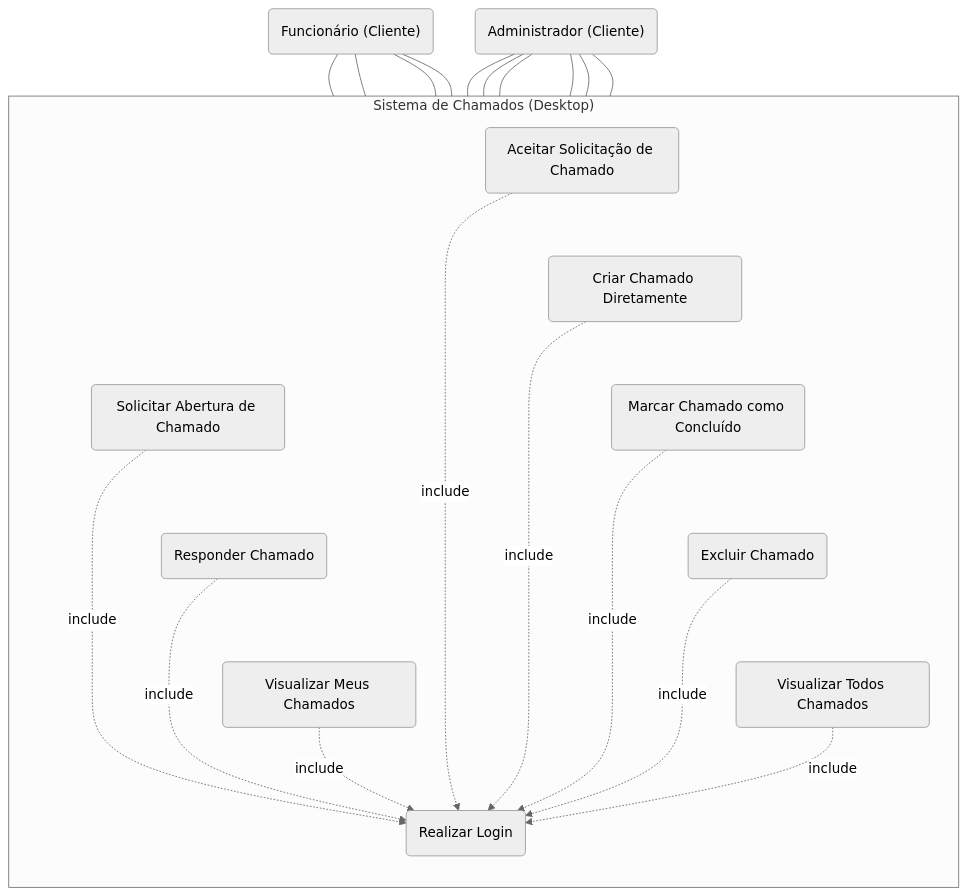
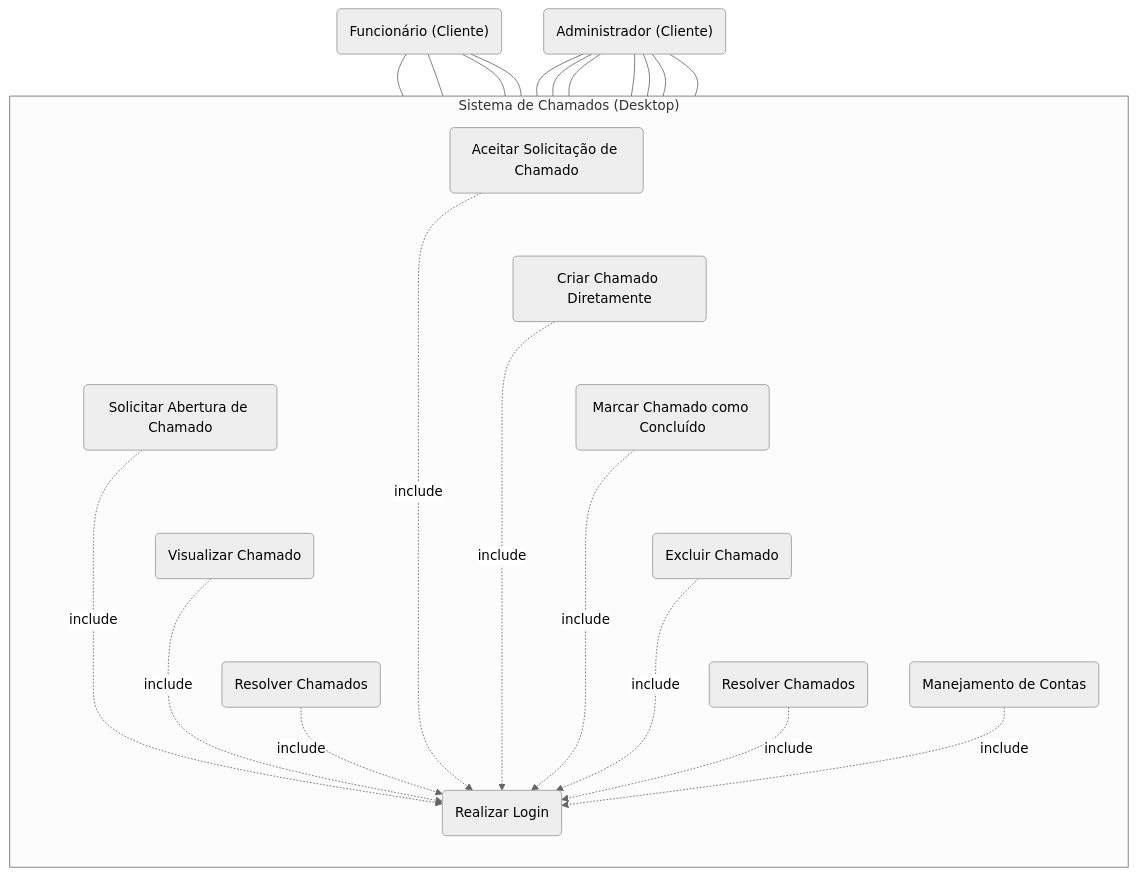
One commit to CordeiroGente/Backroom changed the second of 2 diagrams in Documentação/Diagramas/Casos De Uso.md. Above: the diagram before and after it, drawn with Mermaid (neutral theme). The commit also changed other lines of this file, not shown here.

Commit message:
Update use case diagrams for web and desktop

````diff
--- a/Documentação/Diagramas/Casos De Uso.md
+++ b/Documentação/Diagramas/Casos De Uso.md
@@ -59,58 +61,62 @@
 ```mermaid
 graph TD
     %% Atores
     Funcionario("Funcionário (Cliente)")
     Administrador("Administrador (Cliente)")
 
     %% Sistema e Casos de Uso
     subgraph "Sistema de Chamados (Desktop)"
         direction TB
         
         %% UCs Gerais
         UC_Login("Realizar Login")
 
         %% UCs do Funcionário
         UC_F1("Solicitar Abertura de Chamado")
-        UC_F2("Responder Chamado")
-        UC_F3("Visualizar Meus Chamados")
+        UC_F2("Visualizar Chamado")
+        UC_F3("Resolver Chamados")
         
         %% UCs do Administrador
         UC_A1("Aceitar Solicitação de Chamado")
         UC_A2("Criar Chamado Diretamente")
         UC_A3("Marcar Chamado como Concluído")
         UC_A4("Excluir Chamado")
-        UC_A5("Visualizar Todos Chamados")
+        UC_A5("Resolver Chamados")
+        UC_A6("Manejamento de Contas")
 
         %% Links Invisíveis para forçar a verticalização
         UC_F1 ~~~ UC_F2
         UC_F2 ~~~ UC_F3
         
         UC_A1 ~~~ UC_A2
         UC_A2 ~~~ UC_A3
         UC_A3 ~~~ UC_A4
         UC_A4 ~~~ UC_A5
     end
 
     %% Relacionamentos Atores -> Casos de Uso
     Funcionario --- UC_Login
     Funcionario --- UC_F1
     Funcionario --- UC_F2
     Funcionario --- UC_F3
     
     Administrador --- UC_Login
     Administrador --- UC_A1
     Administrador --- UC_A2
     Administrador --- UC_A3
     Administrador --- UC_A4
     Administrador --- UC_A5
+    Administrador --- UC_A6
     
     %% Relações |include| (de UCs para Login)
     UC_F1 -.->|include| UC_Login
     UC_F2 -.->|include| UC_Login
     UC_F3 -.->|include| UC_Login
     UC_A1 -.->|include| UC_Login
     UC_A2 -.->|include| UC_Login
     UC_A3 -.->|include| UC_Login
     UC_A4 -.->|include| UC_Login
     UC_A5 -.->|include| UC_Login
+    UC_A6 -.->|include| UC_Login
+
 ```
````
